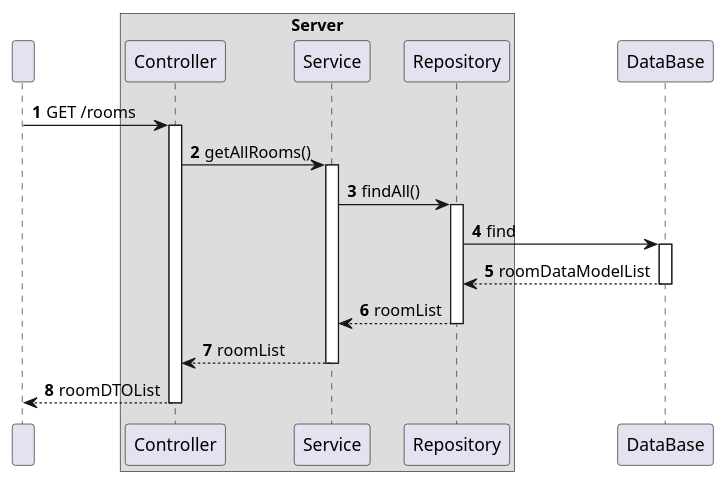
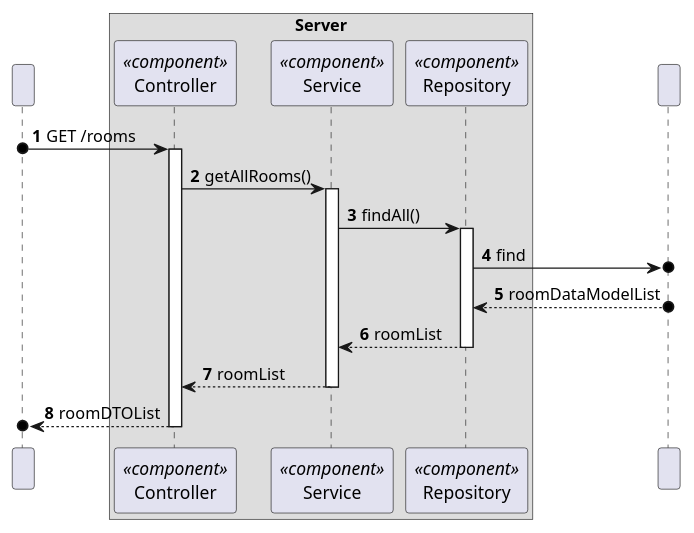
The diagram in docs/C4_4plus1_models/Level4/ProcessView/ProcessViewLevel4_UC03.puml (moutajDev/smarthome), drawn with PlantUML before and after one commit. The commit also changed 46 other files, not shown here.

```diff
--- a/docs/C4_4plus1_models/Level4/ProcessView/ProcessViewLevel4_UC03.puml
+++ b/docs/C4_4plus1_models/Level4/ProcessView/ProcessViewLevel4_UC03.puml
@@ -1,44 +1,41 @@
 @startuml
 'https://plantuml.com/sequence-diagram
 !pragma layout smetana
 
 autonumber
 
 
 participant " " as HTTP
 
 box "Server"
-    participant "Controller" as CTRL
-    participant "Service" as SV
-    participant "Repository" as REPO
+    participant "Controller" as CTRL<<component>>
+    participant "Service" as SV<<component>>
+    participant "Repository" as REPO<<component>>
 
 end box
-participant "DataBase" as BD
+participant " " as BD
 
-HTTP -> CTRL : GET /rooms
+HTTP o-> CTRL : GET /rooms
 activate CTRL
 
 
 CTRL -> SV : getAllRooms()
 activate SV
 
 SV -> REPO : findAll()
 activate REPO
 
-REPO -> BD : find
-activate BD
-
-BD --> REPO : roomDataModelList
-deactivate BD
+REPO ->o BD : find
+BD o--> REPO : roomDataModelList
 
 REPO --> SV : roomList
 deactivate REPO
 
 SV --> CTRL : roomList
 deactivate SV
 
-CTRL --> HTTP : roomDTOList
+CTRL -->o HTTP : roomDTOList
 deactivate CTRL
 
 
 @enduml
```
